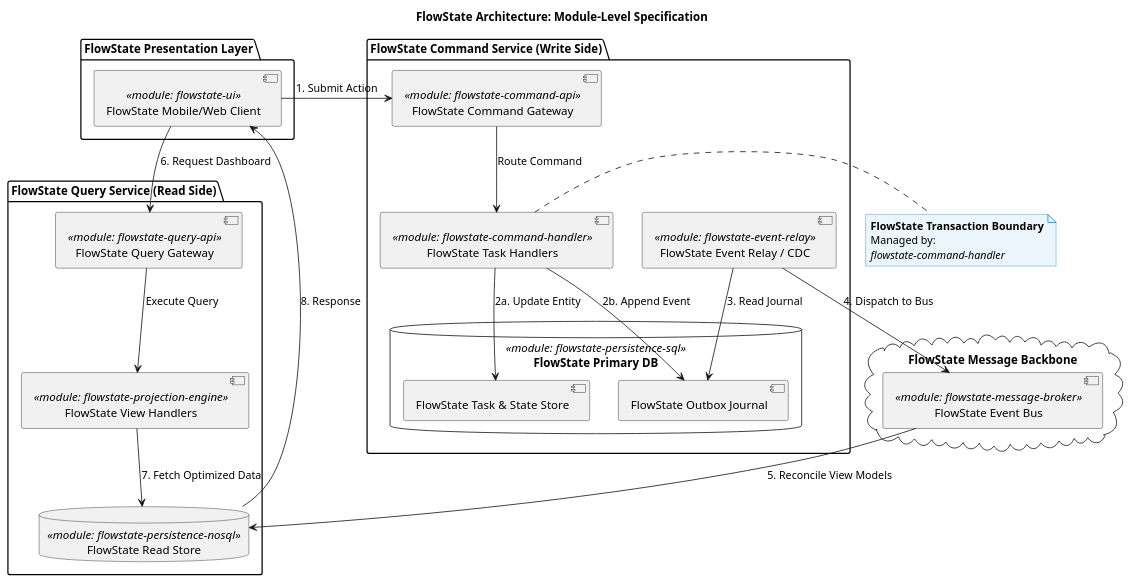
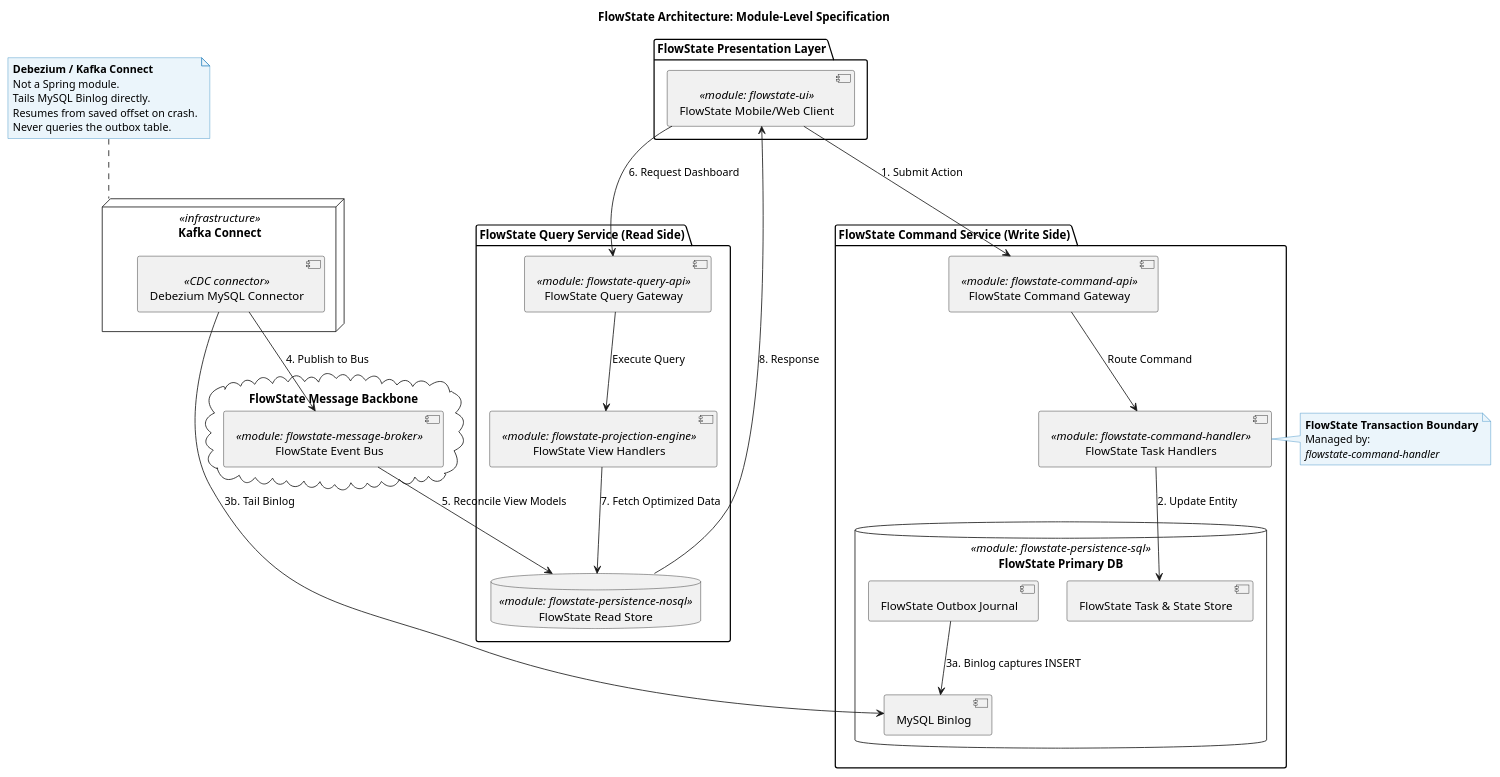
One commit to drodriguezlopez/flowstate changed the diagram in doc/technical/diagrams/arquitectura-outbox.puml. Above: the diagram before and after it, drawn with PlantUML.

Commit message:
Enhance architecture diagram to include Debezium MySQL Connector and update CDC flow details

```diff
--- a/doc/technical/diagrams/arquitectura-outbox.puml
+++ b/doc/technical/diagrams/arquitectura-outbox.puml
@@ -1,59 +1,72 @@
 @startuml
 skinparam componentStyle uml2
 skinparam backgroundColor #FFFFFF
 skinparam NoteBackgroundColor #EBF5FB
 skinparam NoteBorderColor #2E86C1
 
 title FlowState Architecture: Module-Level Specification
 
 package "FlowState Presentation Layer" {
   [FlowState Mobile/Web Client] <<module: flowstate-ui>> as client
 }
 
 package "FlowState Command Service (Write Side)" {
   [FlowState Command Gateway] <<module: flowstate-command-api>> as cmdGateway
   [FlowState Task Handlers] <<module: flowstate-command-handler>> as cmdHandlers
 
   database "FlowState Primary DB" <<module: flowstate-persistence-sql>> as writeDB {
     [FlowState Task & State Store] as states
     [FlowState Outbox Journal] as outbox
+    [MySQL Binlog] as binlog
   }
-  [FlowState Event Relay / CDC] <<module: flowstate-event-relay>> as relay
 }
 
 package "FlowState Query Service (Read Side)" {
   [FlowState Query Gateway] <<module: flowstate-query-api>> as queryGateway
   [FlowState View Handlers] <<module: flowstate-projection-engine>> as queryHandlers
   database "FlowState Read Store" <<module: flowstate-persistence-nosql>> as readDB
 }
 
 cloud "FlowState Message Backbone" {
   [FlowState Event Bus] <<module: flowstate-message-broker>> as eventBus
 }
 
+node "Kafka Connect" <<infrastructure>> {
+  [Debezium MySQL Connector] <<CDC connector>> as debezium
+}
+
 ' --- FlowState Write Pipeline ---
 client --> cmdGateway : 1. Submit Action
 cmdGateway --> cmdHandlers : Route Command
 
 note right of cmdHandlers
   **FlowState Transaction Boundary**
   Managed by:
   //flowstate-command-handler//
 end note
 
-cmdHandlers --> states : 2a. Update Entity
-cmdHandlers --> outbox : 2b. Append Event
+cmdHandlers --> states : 2. Update Entity
 
-' --- FlowState Relay Mechanism ---
-relay --> outbox : 3. Read Journal
-relay --> eventBus : 4. Dispatch to Bus
+' --- FlowState Relay Mechanism (Log-based CDC) ---
+outbox --> binlog : 3a. Binlog captures INSERT
+debezium --> binlog : 3b. Tail Binlog
+
+note top of "Kafka Connect"
+  **Debezium / Kafka Connect**
+  Not a Spring module.
+  Tails MySQL Binlog directly.
+  Resumes from saved offset on crash.
+  Never queries the outbox table.
+end note
+
+debezium --> eventBus : 4. Publish to Bus
 
 ' --- FlowState Synchronization ---
 eventBus --> readDB : 5. Reconcile View Models
 
 ' --- FlowState Read Pipeline ---
 client --> queryGateway : 6. Request Dashboard
 queryGateway --> queryHandlers : Execute Query
 queryHandlers --> readDB : 7. Fetch Optimized Data
 readDB --> client : 8. Response
 @enduml
```
